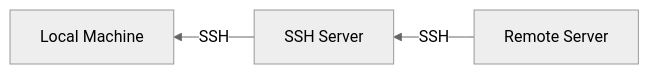
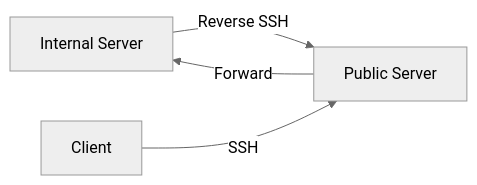
The fifth of 5 diagrams in mastering-ssh-part-one/2 - Getting Started with SSH.md (cipherbite/mastering-linux), drawn with Mermaid (neutral theme) before and after one commit. The commit also changed other lines of this file, not shown here.

Commit message:
Update 2 - Getting Started with SSH.md

````diff
--- a/mastering-ssh-part-one/2 - Getting Started with SSH.md
+++ b/mastering-ssh-part-one/2 - Getting Started with SSH.md
@@ -377,5 +519,6 @@
 ```mermaid
-graph RL
-    A[Remote Server] -->|SSH| B[SSH Server]
-    B -->|SSH| C[Local Machine]
+graph LR
+    A[Internal Server] -->|Reverse SSH| B[Public Server]
+    C[Client] -->|SSH| B
+    B -->|Forward| A
 ```
````
